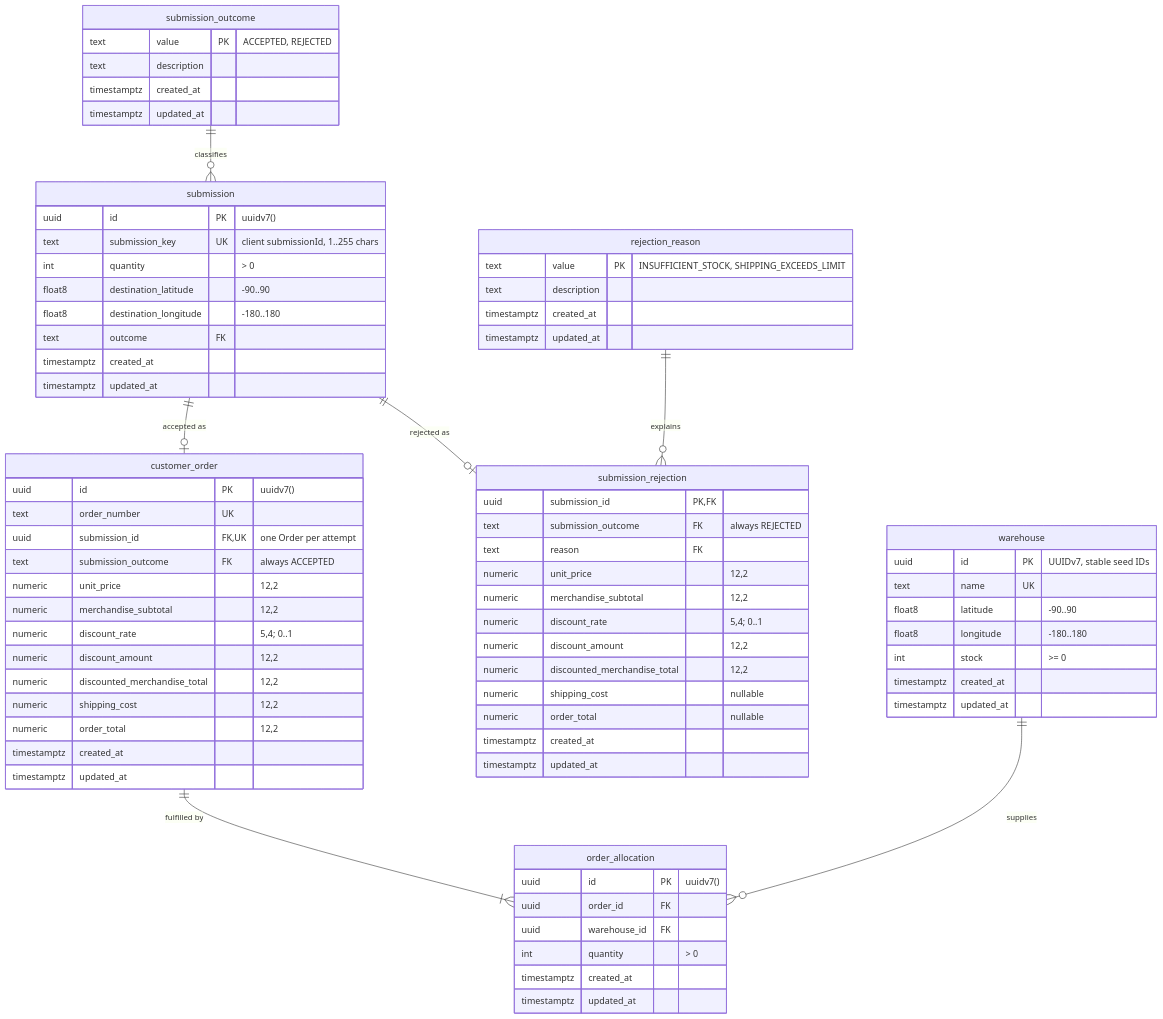
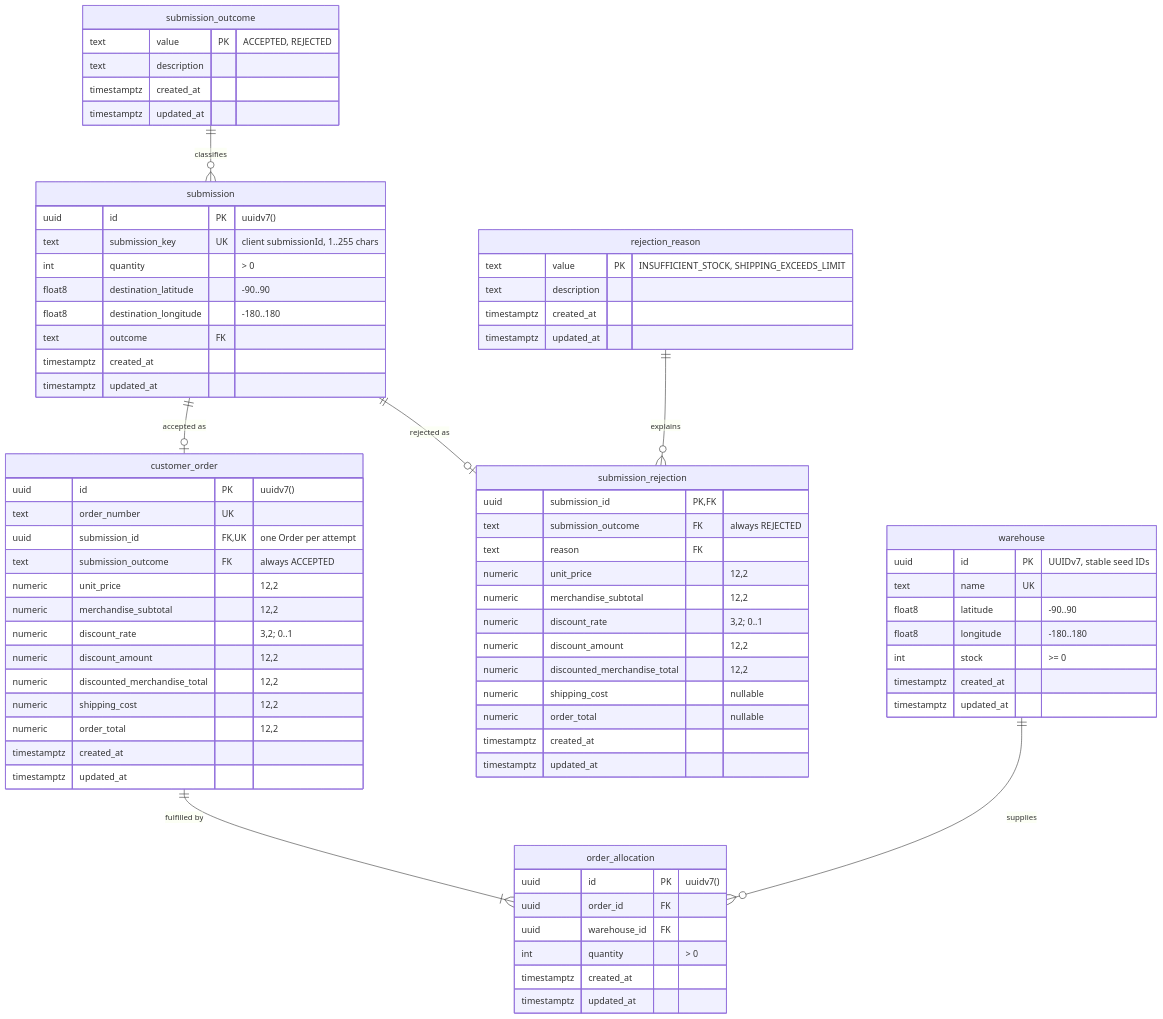
One commit to bonanaaaaaa/scos changed the diagram in docs/database-schema.md. Above: the diagram before and after it, drawn with Mermaid. The commit also changed other lines of this file and 5 other files, not shown here.

First line of the commit message:
refactor(persistence): narrow discount rate to NUMERIC(3,2)

````diff
--- a/docs/database-schema.md
+++ b/docs/database-schema.md
@@ -14,78 +14,78 @@
 ```mermaid
 erDiagram
     submission_outcome ||--o{ submission : "classifies"
     submission ||--o| customer_order : "accepted as"
     submission ||--o| submission_rejection : "rejected as"
     rejection_reason ||--o{ submission_rejection : "explains"
     customer_order ||--|{ order_allocation : "fulfilled by"
     warehouse ||--o{ order_allocation : "supplies"
 
     submission_outcome {
         text value PK "ACCEPTED, REJECTED"
         text description
         timestamptz created_at
         timestamptz updated_at
     }
     rejection_reason {
         text value PK "INSUFFICIENT_STOCK, SHIPPING_EXCEEDS_LIMIT"
         text description
         timestamptz created_at
         timestamptz updated_at
     }
     warehouse {
         uuid id PK "UUIDv7, stable seed IDs"
         text name UK
         float8 latitude "-90..90"
         float8 longitude "-180..180"
         int stock ">= 0"
         timestamptz created_at
         timestamptz updated_at
     }
     submission {
         uuid id PK "uuidv7()"
         text submission_key UK "client submissionId, 1..255 chars"
         int quantity "> 0"
         float8 destination_latitude "-90..90"
         float8 destination_longitude "-180..180"
         text outcome FK
         timestamptz created_at
         timestamptz updated_at
     }
     customer_order {
         uuid id PK "uuidv7()"
         text order_number UK
         uuid submission_id FK,UK "one Order per attempt"
         text submission_outcome FK "always ACCEPTED"
         numeric unit_price "12,2"
         numeric merchandise_subtotal "12,2"
-        numeric discount_rate "5,4; 0..1"
+        numeric discount_rate "3,2; 0..1"
         numeric discount_amount "12,2"
         numeric discounted_merchandise_total "12,2"
         numeric shipping_cost "12,2"
         numeric order_total "12,2"
         timestamptz created_at
         timestamptz updated_at
     }
     order_allocation {
         uuid id PK "uuidv7()"
         uuid order_id FK
         uuid warehouse_id FK
         int quantity "> 0"
         timestamptz created_at
         timestamptz updated_at
     }
     submission_rejection {
         uuid submission_id PK,FK
         text submission_outcome FK "always REJECTED"
         text reason FK
         numeric unit_price "12,2"
         numeric merchandise_subtotal "12,2"
-        numeric discount_rate "5,4; 0..1"
+        numeric discount_rate "3,2; 0..1"
         numeric discount_amount "12,2"
         numeric discounted_merchandise_total "12,2"
         numeric shipping_cost "nullable"
         numeric order_total "nullable"
         timestamptz created_at
         timestamptz updated_at
     }
 ```
````
